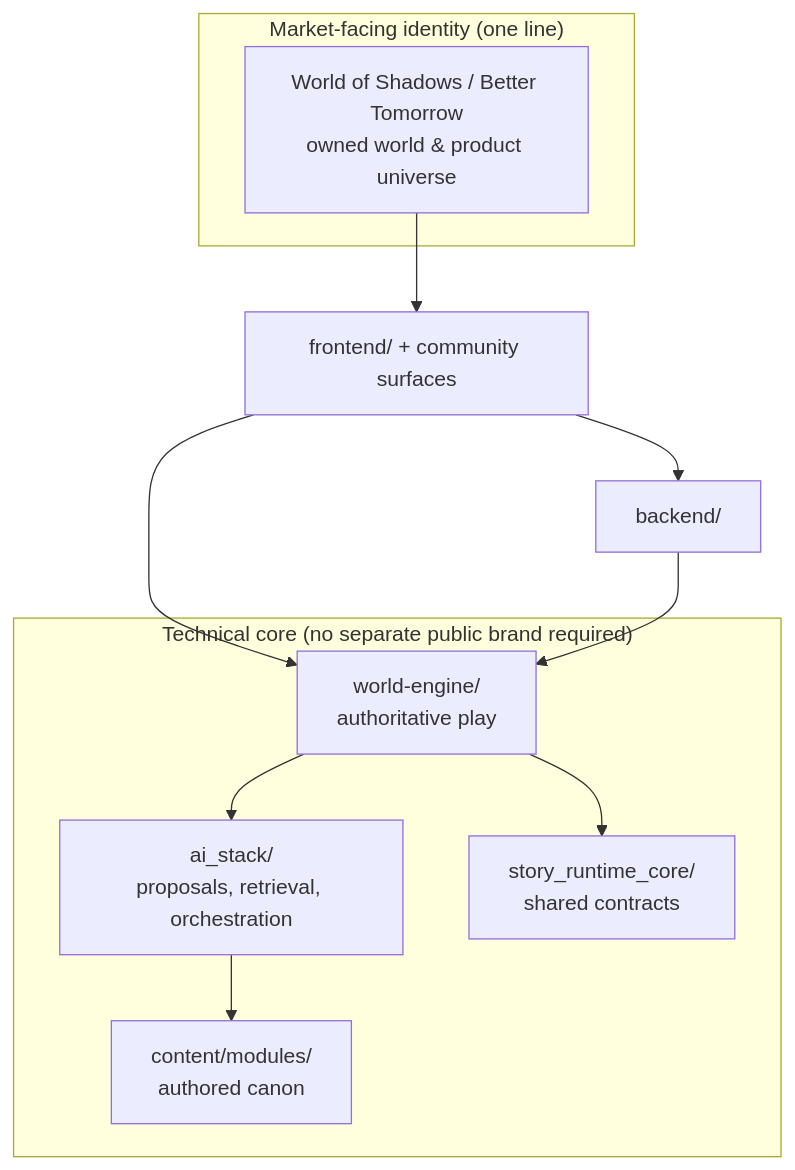
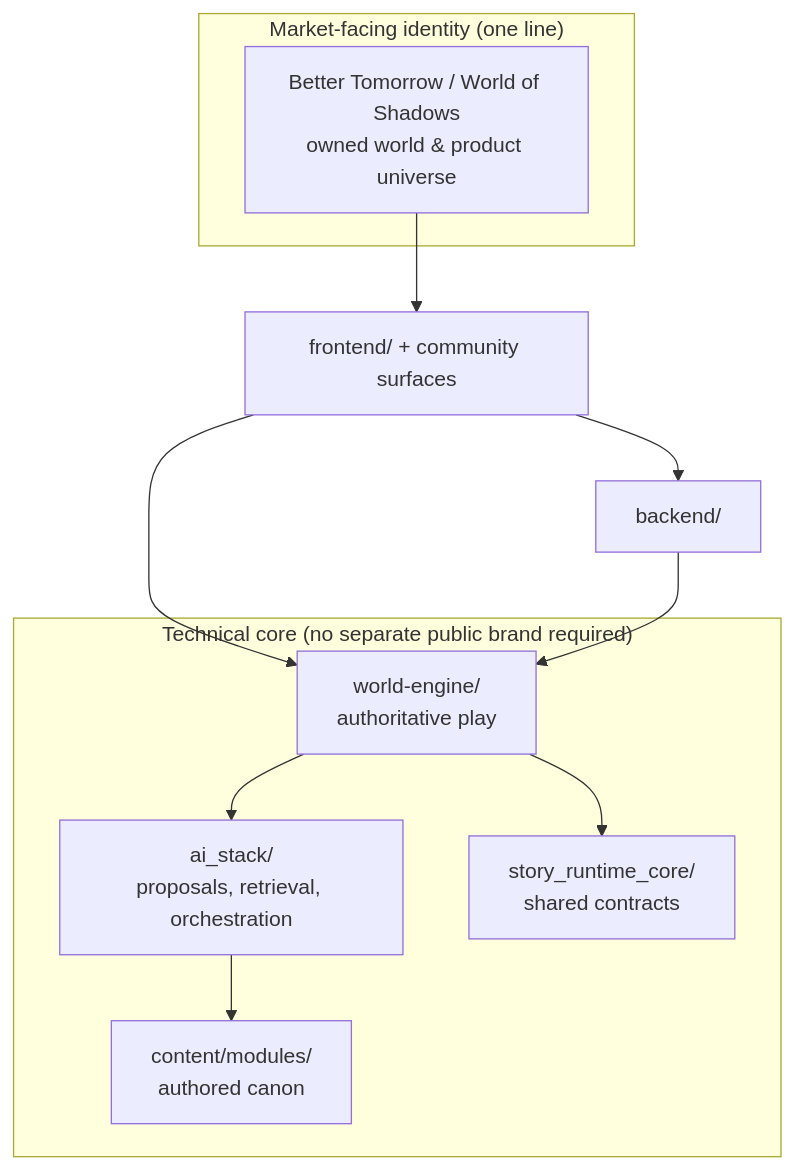
One commit to Held0fTheWelt/BLACKVEIN changed the first of 5 diagrams in docs/easy/world_of_shadows_product_identity_and_usp_easy.md. Above: the diagram before and after it, drawn with Mermaid. The commit also changed other lines of this file and 222 other files, not shown here.

````diff
--- a/docs/easy/world_of_shadows_product_identity_and_usp_easy.md
+++ b/docs/easy/world_of_shadows_product_identity_and_usp_easy.md
@@ -78,21 +78,21 @@
 ```mermaid
 flowchart TB
   subgraph Market["Market-facing identity (one line)"]
-    ID["World of Shadows / Better Tomorrow\nowned world & product universe"]
+    ID["Better Tomorrow / World of Shadows\nowned world & product universe"]
   end
 
   subgraph Engine["Technical core (no separate public brand required)"]
     WE["world-engine/\nauthoritative play"]
     AI["ai_stack/\nproposals, retrieval, orchestration"]
     MOD["content/modules/\nauthored canon"]
     CORE["story_runtime_core/\nshared contracts"]
   end
 
   ID --> FE["frontend/ + community surfaces"]
   FE --> BE["backend/"]
   FE --> WE
   BE --> WE
   WE --> AI
   AI --> MOD
   WE --> CORE
 ```
````
